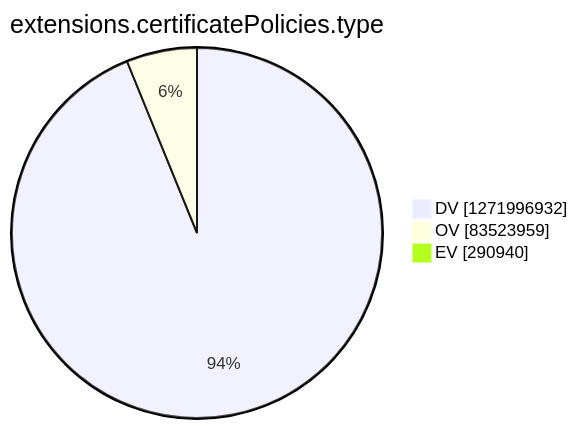
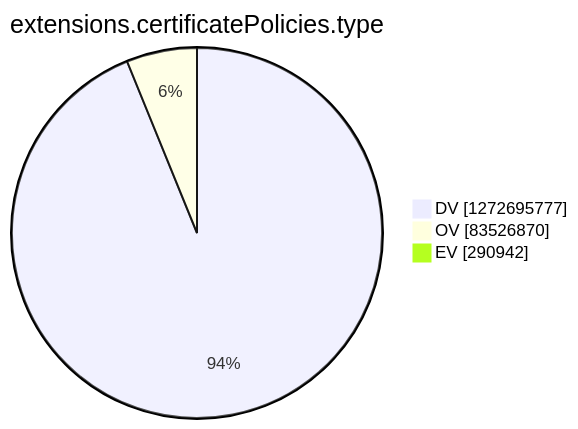
Before and after one commit to christiankrug/ctmonitor_visualization: the tenth of 15 diagrams in argon2022/README.md, drawn with Mermaid. The commit also changed other lines of this file, not shown here.

````diff
--- a/argon2022/README.md
+++ b/argon2022/README.md
@@ -2771,7 +2771,7 @@
 ```mermaid
 pie showData
 title extensions.certificatePolicies.type
-"DV" :1271996932
-"OV" :83523959
-"EV" :290940
+"DV" :1272695777
+"OV" :83526870
+"EV" :290942
 ```
````
